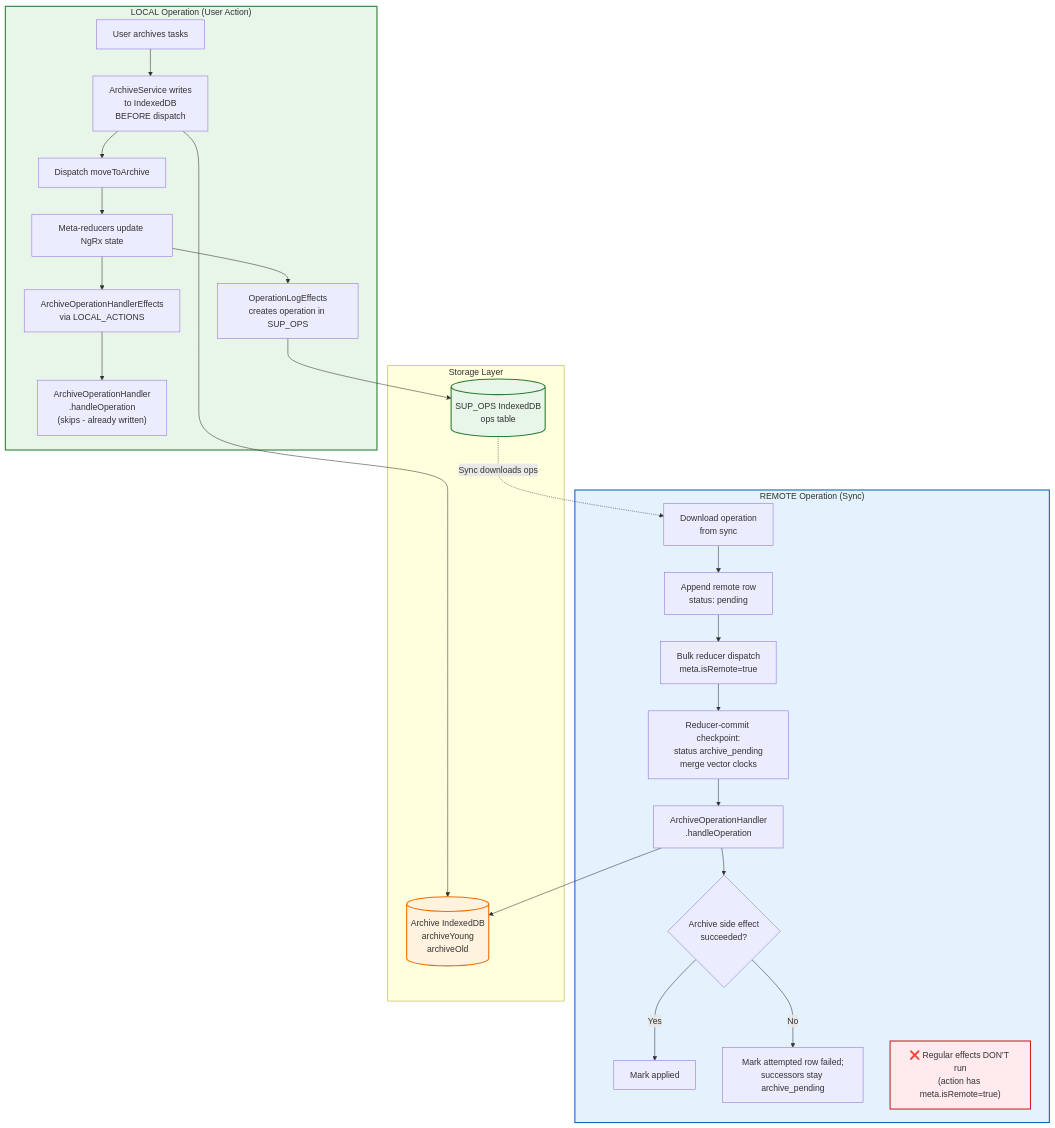
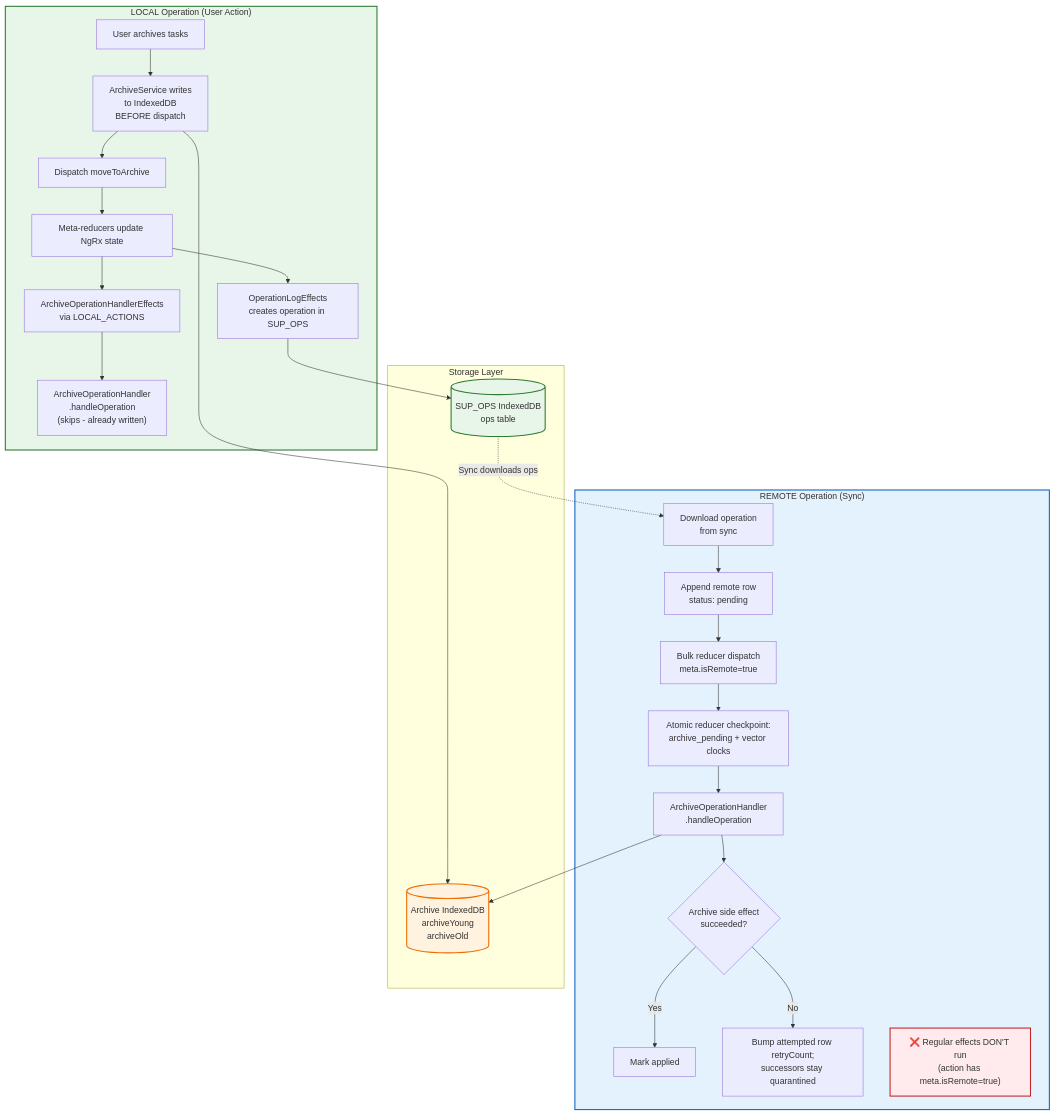
One commit to Swastik023/offline-productivity-desktop changed the third of 6 diagrams in docs/sync-and-op-log/diagrams/06-archive-operations.md. Above: the diagram before and after it, drawn with Mermaid. The commit also changed other lines of this file and 4 other files, not shown here.

First line of the commit message:
docs(sync): document atomic checkpoint, db v8 barrier and rebuild undo

````diff
--- a/docs/sync-and-op-log/diagrams/06-archive-operations.md
+++ b/docs/sync-and-op-log/diagrams/06-archive-operations.md
@@ -77,39 +77,39 @@
 ```mermaid
 flowchart TD
     subgraph LocalOp["LOCAL Operation (User Action)"]
         L1[User archives tasks] --> L2["ArchiveService writes<br/>to IndexedDB<br/>BEFORE dispatch"]
         L2 --> L3[Dispatch moveToArchive]
         L3 --> L4[Meta-reducers update NgRx state]
         L4 --> L5[ArchiveOperationHandlerEffects<br/>via LOCAL_ACTIONS]
         L5 --> L6["ArchiveOperationHandler<br/>.handleOperation<br/>(skips - already written)"]
         L4 --> L7[OperationLogEffects<br/>creates operation in SUP_OPS]
     end
 
     subgraph RemoteOp["REMOTE Operation (Sync)"]
         R1[Download operation<br/>from sync] --> R2["Append remote row<br/>status: pending"]
         R2 --> R3["Bulk reducer dispatch<br/>meta.isRemote=true"]
-        R3 --> R4["Reducer-commit checkpoint:<br/>status archive_pending<br/>merge vector clocks"]
+        R3 --> R4["Atomic reducer checkpoint:<br/>archive_pending + vector clocks"]
         R4 --> R5["ArchiveOperationHandler<br/>.handleOperation"]
         R5 --> R6{"Archive side effect<br/>succeeded?"}
         R6 -->|Yes| R7["Mark applied"]
-        R6 -->|No| R8["Mark attempted row failed;<br/>successors stay archive_pending"]
+        R6 -->|No| R8["Bump attempted row retryCount;<br/>successors stay quarantined"]
 
         NoEffect["❌ Regular effects DON'T run<br/>(action has meta.isRemote=true)"]
     end
 
     subgraph Storage["Storage Layer"]
         ArchiveDB[("Archive IndexedDB<br/>archiveYoung<br/>archiveOld")]
         SUPOPS_DB[("SUP_OPS IndexedDB<br/>ops table")]
     end
 
     L2 --> ArchiveDB
     L7 --> SUPOPS_DB
     R5 --> ArchiveDB
     SUPOPS_DB -.->|"Sync downloads ops"| R1
 
     style LocalOp fill:#e8f5e9,stroke:#2e7d32,stroke-width:2px
     style RemoteOp fill:#e3f2fd,stroke:#1565c0,stroke-width:2px
     style NoEffect fill:#ffebee,stroke:#c62828,stroke-width:2px
     style ArchiveDB fill:#fff3e0,stroke:#ef6c00,stroke-width:2px
     style SUPOPS_DB fill:#e8f5e9,stroke:#2e7d32,stroke-width:2px
 ```
````
